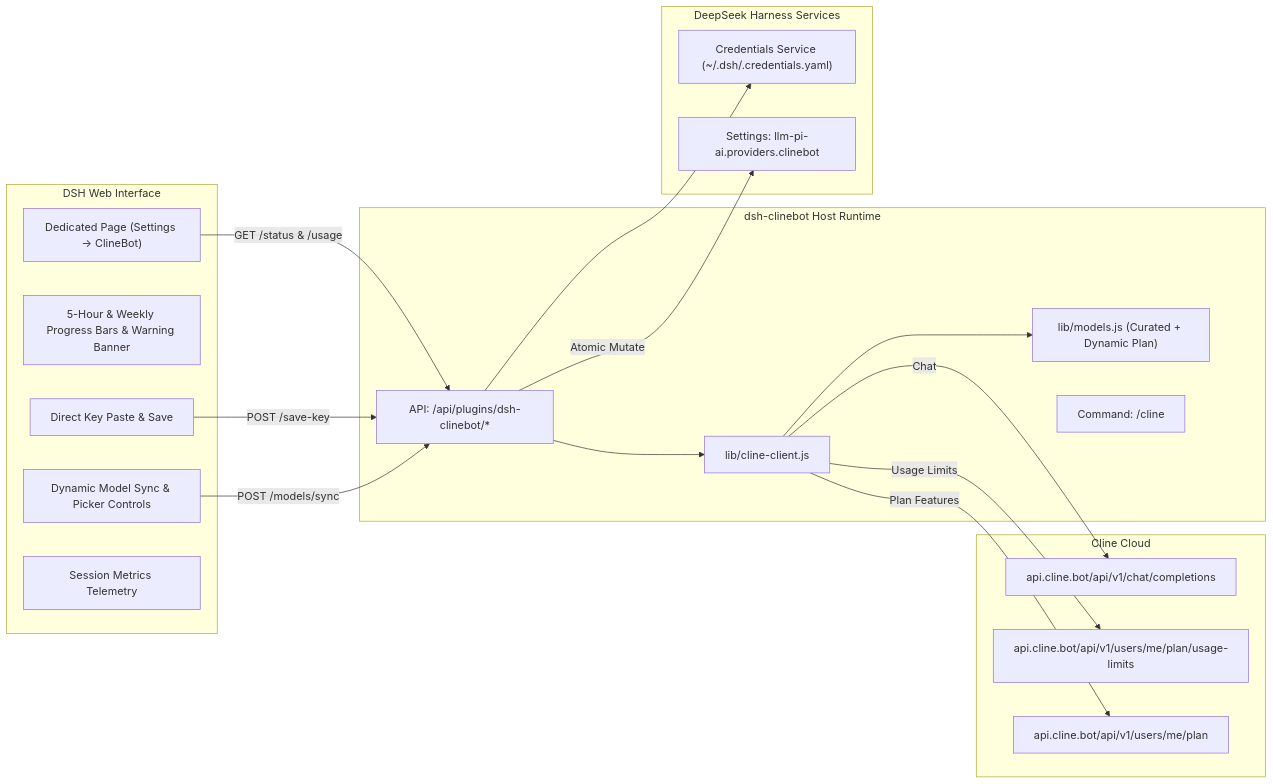
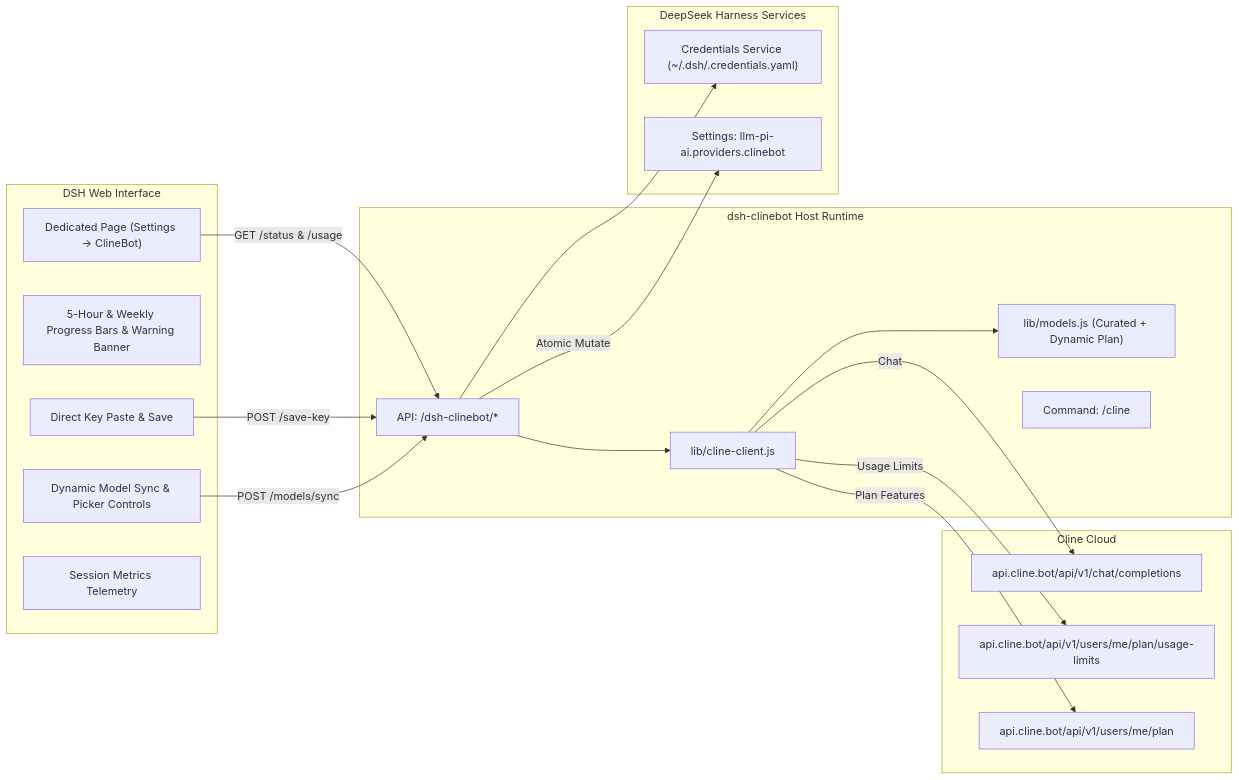
One commit to GooDAnDReaDY/dsh-clinebot changed the diagram in README.md. Above: the diagram before and after it, drawn with Mermaid. The commit also changed other lines of this file and 7 other files, not shown here.

````diff
--- a/README.md
+++ b/README.md
@@ -66,39 +66,39 @@
 ```mermaid
 graph LR
     subgraph UI [DSH Web Interface]
         Page["Dedicated Page (Settings -> ClineBot)"]
         QuotaBar["5-Hour & Weekly Progress Bars & Warning Banner"]
         KeyInput["Direct Key Paste & Save"]
         ModelPick["Dynamic Model Sync & Picker Controls"]
         StatsCard["Session Metrics Telemetry"]
     end
 
     subgraph PluginHost [dsh-clinebot Host Runtime]
-        HttpEndpoints["API: /api/plugins/dsh-clinebot/*"]
+        HttpEndpoints["API: /dsh-clinebot/*"]
         ClientCore["lib/cline-client.js"]
         ModelCatalog["lib/models.js (Curated + Dynamic Plan)"]
         SlashCmd["Command: /cline"]
     end
 
     subgraph DSHCore [DeepSeek Harness Services]
         Credentials["Credentials Service (~/.dsh/.credentials.yaml)"]
         PiAi["Settings: llm-pi-ai.providers.clinebot"]
     end
 
     subgraph Upstream [Cline Cloud]
         ClinePass["api.cline.bot/api/v1/chat/completions"]
         ClineQuota["api.cline.bot/api/v1/users/me/plan/usage-limits"]
         ClinePlan["api.cline.bot/api/v1/users/me/plan"]
     end
 
     Page -->|GET /status & /usage| HttpEndpoints
     KeyInput -->|POST /save-key| HttpEndpoints
     ModelPick -->|POST /models/sync| HttpEndpoints
     HttpEndpoints --> Credentials
     HttpEndpoints --> ClientCore
     ClientCore --> ModelCatalog
     HttpEndpoints -->|Atomic Mutate| PiAi
     ClientCore -->|Chat| ClinePass
     ClientCore -->|Usage Limits| ClineQuota
     ClientCore -->|Plan Features| ClinePlan
 ```
````
